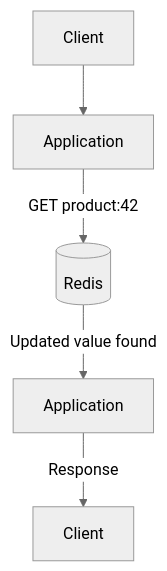
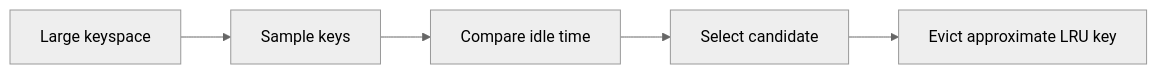
Before and after one commit to AvadhBhalodiya/Interview-Preparation: the fifth of 9 diagrams in src/content/caching/cache-strategies.md, drawn with Mermaid (neutral theme). The commit also changed other lines of this file and 54 other files, not shown here.

````diff
--- a/src/content/caching/cache-strategies.md
+++ b/src/content/caching/cache-strategies.md
@@ -343,7 +381,7 @@
 ```mermaid
-flowchart TD
-    C[Client] --> A[Application]
-    A -->|"GET product:42"| R[(Redis)]
-    R -->|Updated value found| A2[Application]
-    A2 -->|Response| C2[Client]
+flowchart LR
+    A[Large keyspace] --> B[Sample keys]
+    B --> C[Compare idle time]
+    C --> D[Select candidate]
+    D --> E[Evict approximate LRU key]
 ```
````
